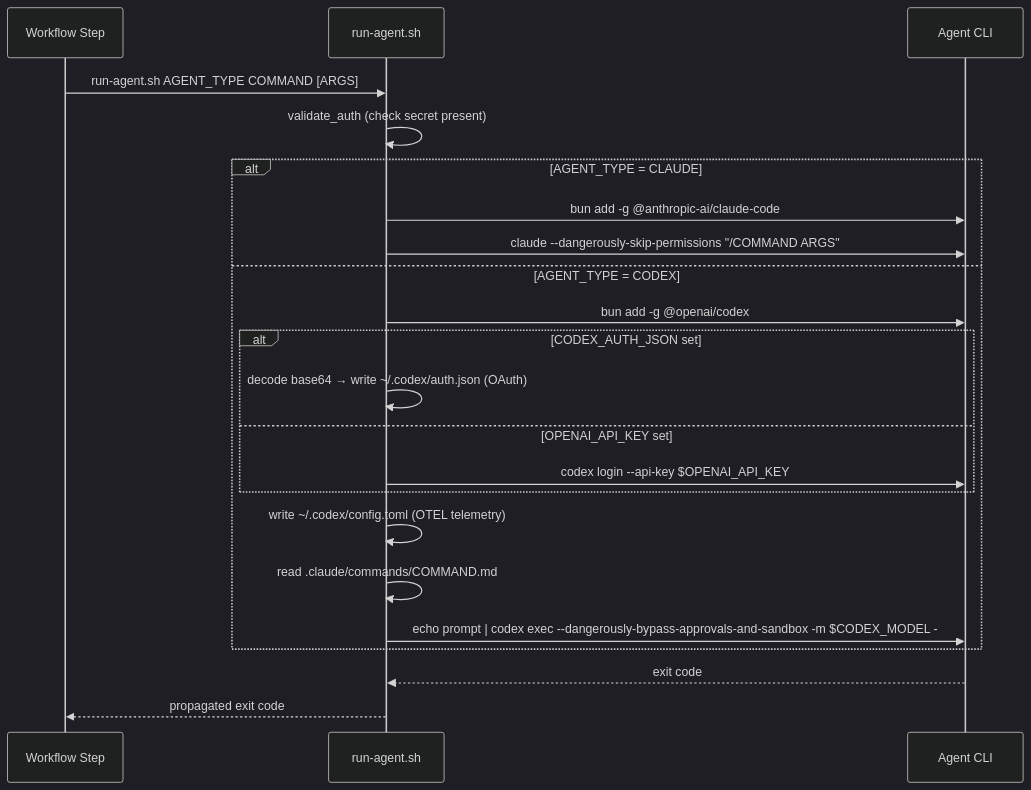
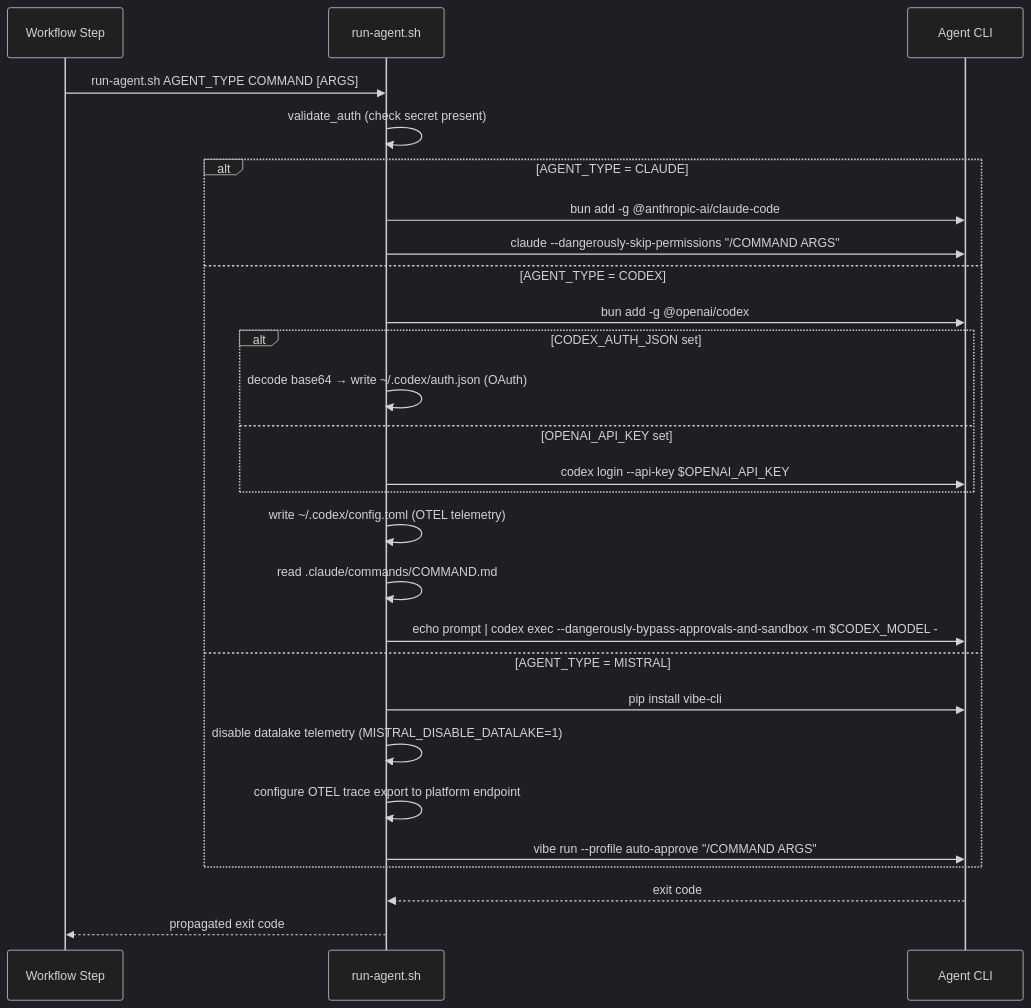
The second of 5 diagrams in specs/specifications/technical/implementation/integrations.md (bfernandez31/ai-board), drawn with Mermaid (dark theme) before and after one commit. The commit also changed other lines of this file and 3 other files, not shown here.

````diff
--- a/specs/specifications/technical/implementation/integrations.md
+++ b/specs/specifications/technical/implementation/integrations.md
@@ -490,25 +491,30 @@
 ```mermaid
 sequenceDiagram
     participant WF as Workflow Step
     participant RS as run-agent.sh
     participant CLI as Agent CLI
 
     WF->>RS: run-agent.sh AGENT_TYPE COMMAND [ARGS]
     RS->>RS: validate_auth (check secret present)
     alt AGENT_TYPE = CLAUDE
         RS->>CLI: bun add -g @anthropic-ai/claude-code
         RS->>CLI: claude --dangerously-skip-permissions "/COMMAND ARGS"
     else AGENT_TYPE = CODEX
         RS->>CLI: bun add -g @openai/codex
         alt CODEX_AUTH_JSON set
             RS->>RS: decode base64 → write ~/.codex/auth.json (OAuth)
         else OPENAI_API_KEY set
             RS->>CLI: codex login --api-key $OPENAI_API_KEY
         end
         RS->>RS: write ~/.codex/config.toml (OTEL telemetry)
         RS->>RS: read .claude/commands/COMMAND.md
         RS->>CLI: echo prompt | codex exec --dangerously-bypass-approvals-and-sandbox -m $CODEX_MODEL -
+    else AGENT_TYPE = MISTRAL
+        RS->>CLI: pip install vibe-cli
+        RS->>RS: disable datalake telemetry (MISTRAL_DISABLE_DATALAKE=1)
+        RS->>RS: configure OTEL trace export to platform endpoint
+        RS->>CLI: vibe run --profile auto-approve "/COMMAND ARGS"
     end
     CLI-->>RS: exit code
     RS-->>WF: propagated exit code
 ```
````
